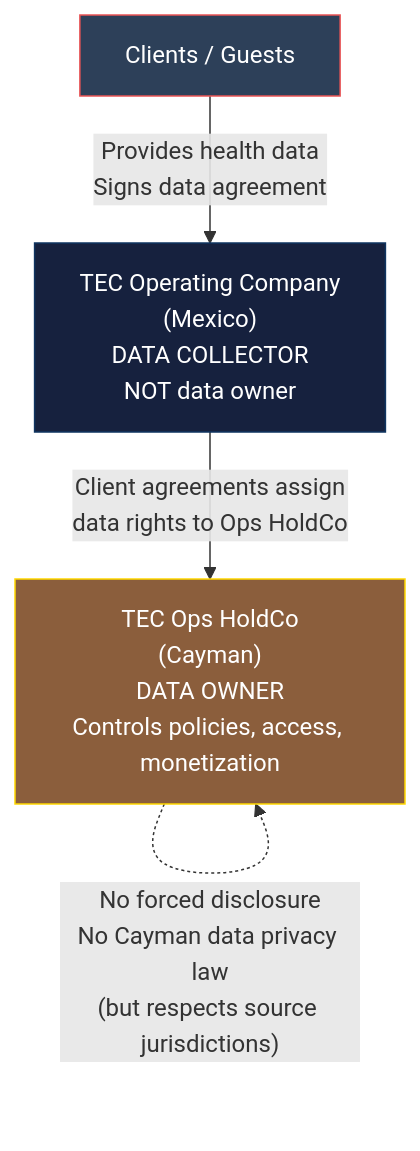
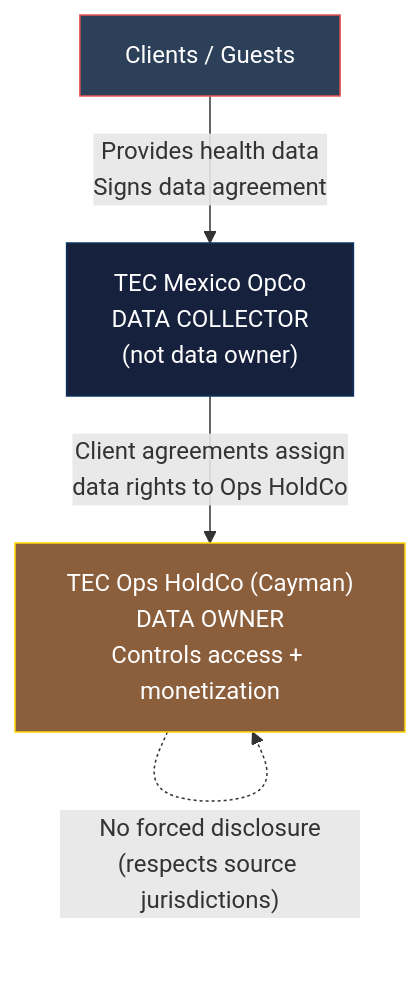
One commit to Light-Brands/epic-center changed the fourth of 5 diagrams in docs/tax-structure/te/TEC-STANDALONE-STRUCTURE.md. Above: the diagram before and after it, drawn with Mermaid. The commit also changed other lines of this file and 1 other file, not shown here.

First line of the commit message:
Trim mermaid diagram text to fit within node boundaries

````diff
--- a/docs/tax-structure/te/TEC-STANDALONE-STRUCTURE.md
+++ b/docs/tax-structure/te/TEC-STANDALONE-STRUCTURE.md
@@ -699,15 +699,15 @@
 ```mermaid
 graph TB
     CLIENTS["Clients / Guests"]
-    MEXICO_OPS_DATA["TEC Operating Company<br/>(Mexico)<br/>DATA COLLECTOR<br/>NOT data owner"]
-    OPS_CAYMAN_DATA["TEC Ops HoldCo<br/>(Cayman)<br/>DATA OWNER<br/>Controls policies, access, monetization"]
+    MEXICO_OPS_DATA["TEC Mexico OpCo<br/>DATA COLLECTOR<br/>(not data owner)"]
+    OPS_CAYMAN_DATA["TEC Ops HoldCo (Cayman)<br/>DATA OWNER<br/>Controls access + monetization"]
 
     CLIENTS -->|"Provides health data<br/>Signs data agreement"| MEXICO_OPS_DATA
     MEXICO_OPS_DATA -->|"Client agreements assign<br/>data rights to Ops HoldCo"| OPS_CAYMAN_DATA
 
-    OPS_CAYMAN_DATA -.->|"No forced disclosure<br/>No Cayman data privacy law<br/>(but respects source jurisdictions)"| OPS_CAYMAN_DATA
+    OPS_CAYMAN_DATA -.->|"No forced disclosure<br/>(respects source jurisdictions)"| OPS_CAYMAN_DATA
 
     style CLIENTS fill:#2d4059,stroke:#ea5455,color:#fff
     style MEXICO_OPS_DATA fill:#16213e,stroke:#0f3460,color:#fff
     style OPS_CAYMAN_DATA fill:#8b5e3c,stroke:#ffd700,color:#fff
 ```
````
